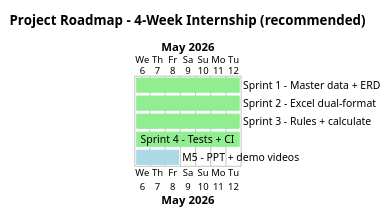
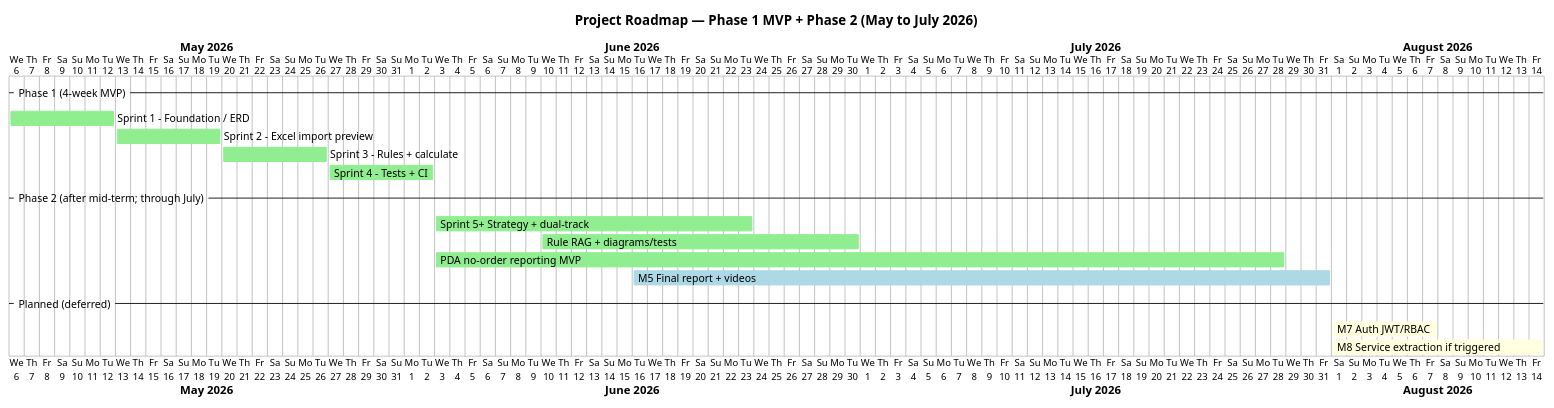
Before and after one commit to chenyuxiangAK47/cloudwarehouse-csharp: the diagram in docs/diagrams/10b-roadmap-gantt.puml, drawn with PlantUML. The commit also changed 98 other files, not shown here.

```diff
--- a/docs/diagrams/10b-roadmap-gantt.puml
+++ b/docs/diagrams/10b-roadmap-gantt.puml
@@ -1,12 +1,22 @@
 @startgantt
-title Project Roadmap - 4-Week Internship (recommended)
+title Project Roadmap — Phase 1 MVP + Phase 2 (May to July 2026)
 
 Project starts 2026-05-06
 
-[Sprint 1 - Master data + ERD] lasts 7 days and is colored in LightGreen
-[Sprint 2 - Excel dual-format] lasts 7 days and is colored in LightGreen
-[Sprint 3 - Rules + calculate] lasts 7 days and is colored in LightGreen
-[Sprint 4 - Tests + CI] lasts 7 days and is colored in LightGreen
-[M5 - PPT + demo videos] lasts 3 days and is colored in LightBlue
+-- Phase 1 (4-week MVP) --
+[Sprint 1 - Foundation / ERD] starts 2026-05-06 and ends 2026-05-12 and is colored in LightGreen
+[Sprint 2 - Excel import preview] starts 2026-05-13 and ends 2026-05-19 and is colored in LightGreen
+[Sprint 3 - Rules + calculate] starts 2026-05-20 and ends 2026-05-26 and is colored in LightGreen
+[Sprint 4 - Tests + CI] starts 2026-05-27 and ends 2026-06-02 and is colored in LightGreen
+
+-- Phase 2 (after mid-term; through July) --
+[Sprint 5+ Strategy + dual-track] starts 2026-06-03 and ends 2026-06-23 and is colored in LightGreen
+[Rule RAG + diagrams/tests] starts 2026-06-10 and ends 2026-06-30 and is colored in LightGreen
+[PDA no-order reporting MVP] starts 2026-06-03 and ends 2026-07-28 and is colored in LightGreen
+[M5 Final report + videos] starts 2026-06-16 and ends 2026-07-31 and is colored in LightBlue
+
+-- Planned (deferred) --
+[M7 Auth JWT/RBAC] starts 2026-08-01 and ends 2026-08-07 and is colored in LightYellow
+[M8 Service extraction if triggered] starts 2026-08-01 and ends 2026-08-14 and is colored in LightYellow
 
 @endgantt
```
